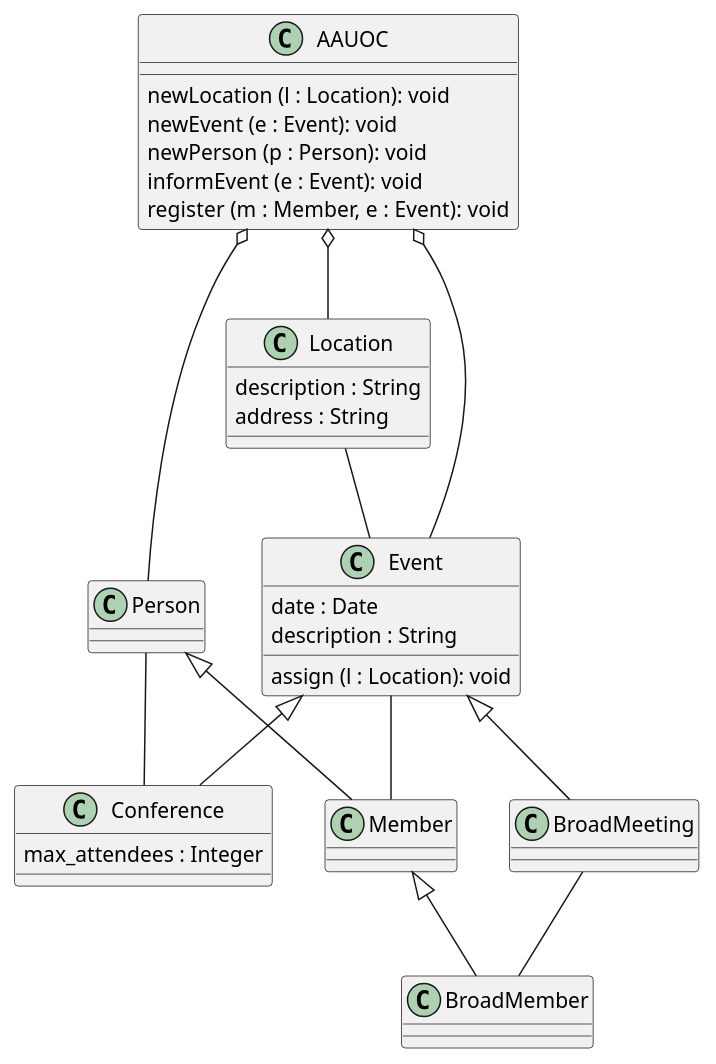
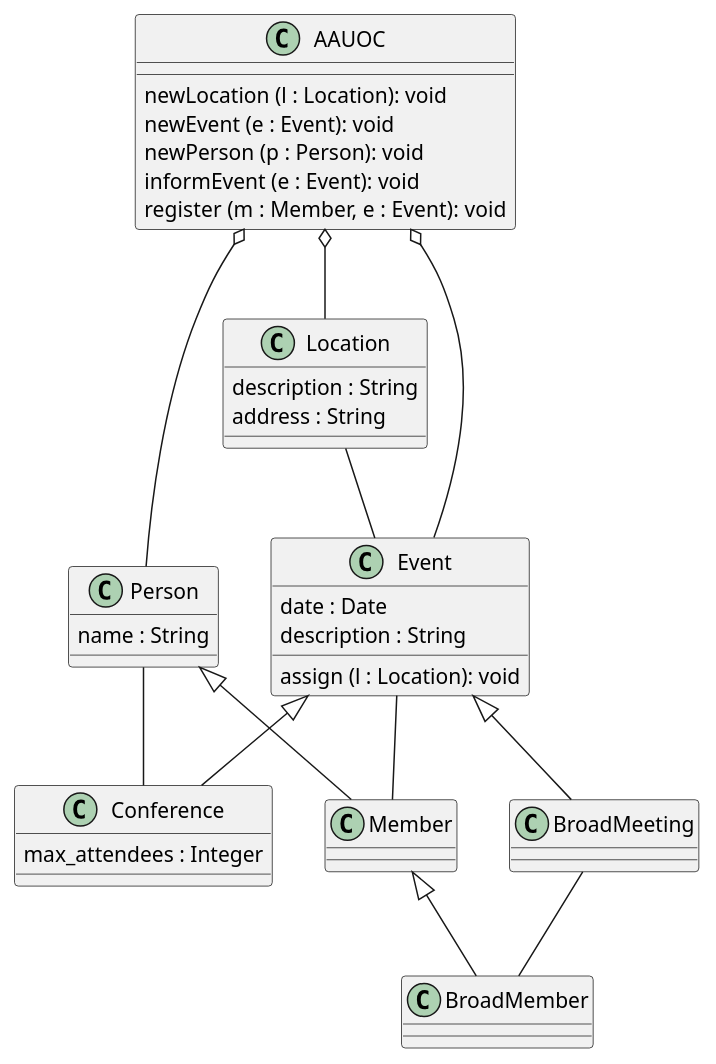
One commit to CorazaNegra/UMLClasesFSP changed the diagram in Practica_Diagramas_UML.puml. Above: the diagram before and after it, drawn with PlantUML.

Commit message:
Añadiendo atributos a Person

```diff
--- a/Practica_Diagramas_UML.puml
+++ b/Practica_Diagramas_UML.puml
@@ -1,54 +1,54 @@
 @startuml
 
 class AAUOC{
     newLocation (l : Location): void
     newEvent (e : Event): void
     newPerson (p : Person): void
     informEvent (e : Event): void
     register (m : Member, e : Event): void
 }
 
 class Location{
     description : String
     address : String
 }
 
 class Event{
     date : Date
     description : String
     assign (l : Location): void
 }
 
 class Conference{
     max_attendees : Integer
 }
 
 class BroadMeeting{
 
 }
 
 class Person{
-
+    name : String
 }
 
 class Member{
 
 }
 
 class BroadMember{
 
 }
 
 AAUOC o-- Event
 AAUOC o-- Location
 AAUOC o-- Person
 Location -- Event
 Event -- Member
 Person -- Conference
 BroadMeeting -- BroadMember
 Event <|-- Conference
 Event <|-- BroadMeeting
 Person <|-- Member
 Member <|-- BroadMember
 
 @enduml
```
